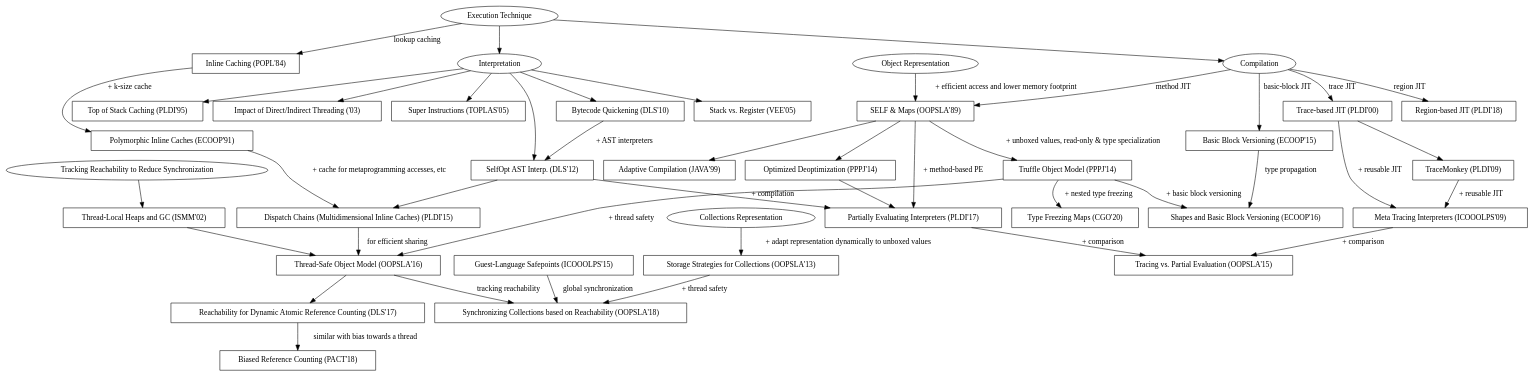
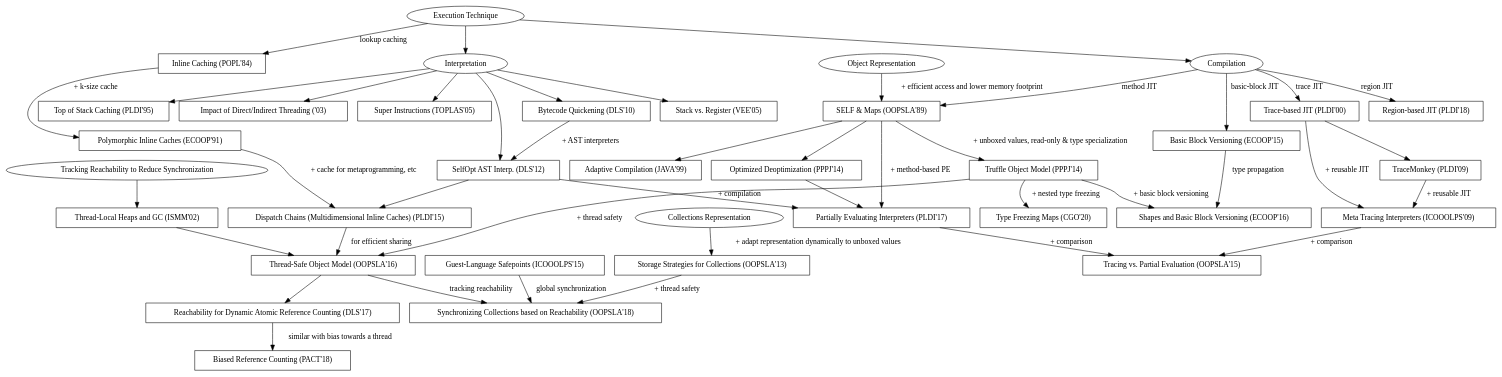
The diagram in graph.dot (eregon/virtual-machines-research-graph), drawn with Graphviz before and after one commit.

Commit message:
Shorten edge label

```diff
--- a/graph.dot
+++ b/graph.dot
@@ -1,168 +1,168 @@
 digraph G {
   node [shape = "box"]
 
   # Nodes
   pic [label = "Polymorphic Inline Caches (ECOOP'91)",
        tooltip = "Optimizing Dynamically-Typed Object-Oriented Languages With Polymorphic Inline Caches",
        URL = "http://bibliography.selflanguage.org/_static/pics.pdf"]
   mpic [label = "Dispatch Chains (Multidimensional Inline Caches) (PLDI'15)",
         tooltip = "Zero-Overhead Metaprogramming; Reflection and Metaobject Protocols Fast and without Compromises",
         URL = "https://stefan-marr.de/downloads/pldi15-marr-et-al-zero-overhead-metaprogramming.pdf"]
 
   om [label = "Object Representation", shape="oval"]
   maps [label = "SELF & Maps (OOPSLA'89)",
         tooltip = "An Efficient Implementation of SELF a Dynamically-Typed Object-Oriented Language Based on Prototypes",
         URL = "http://www.selflanguage.org/_static/published/implementation.pdf"]
   tosm [label = "Truffle Object Model (PPPJ'14)",
         tooltip = "An Object Storage Model for the Truffle Language Implementation Framework",
         URL = "https://chrisseaton.com/rubytruffle/pppj14-om/pppj14-om.pdf"]
   tso [label = "Thread-Safe Object Model (OOPSLA'16)",
        tooltip = "Efficient and Thread-Safe Objects for Dynamically-Typed Languages",
        URL = "https://eregon.me/blog/assets/research/thread-safe-objects.pdf"]
 
   glsp [label = "Guest-Language Safepoints (ICOOOLPS'15)",
         tooltip = "Techniques and Applications for Guest-Language Safepoints",
         URL = "https://eregon.me/blog/assets/research/guest-language-safepoints.pdf"]
 
   freezing [label = "Type Freezing Maps (CGO'20)",
             tooltip = "Type Freezing: Exploiting Attribute Type Monomorphism in Tracing JIT Compilers",
             URL = "https://doi.org/10.1145/3368826.3377907"]
   shapesAndBBV [label = "Shapes and Basic Block Versioning (ECOOP'16)",
                 tooltip = "Interprocedural Type Specialization of JavaScript Programs Without Type Analysis",
                 URL = "https://drops.dagstuhl.de/opus/volltexte/2016/6101/pdf/LIPIcs-ECOOP-2016-7.pdf"]
 
   collections [label = "Collections Representation", shape="oval"]
   ss [label = "Storage Strategies for Collections (OOPSLA'13)",
       tooltip = "Storage Strategies for Collections in Dynamically Typed Languages",
       URL = "https://tratt.net/laurie/research/pubs/html/bolz_diekmann_tratt__storage_strategies_for_collections_in_dynamically_typed_languages/"]
   tsc [label = "Synchronizing Collections based on Reachability (OOPSLA'18)",
        tooltip = "Parallelization of Dynamic Languages: Synchronizing Built-in Collections",
        URL = "https://eregon.me/blog/assets/research/thread-safe-collections.pdf"]
 
   reachability [label = "Tracking Reachability to Reduce Synchronization", shape="oval"]
   domani [label = "Thread-Local Heaps and GC (ISMM'02)",
           tooltip = "Thread-Local Heaps for Java",
           URL = "http://citeseerx.ist.psu.edu/viewdoc/download?doi=10.1.1.63.5846&amp;rep=rep1&amp;type=pdf"]
   rarc [label = "Reachability for Dynamic Atomic Reference Counting (DLS'17)",
         tooltip = "Dynamic Atomicity: Optimizing Swift Memory Management",
         URL = "https://dl.acm.org/doi/10.1145/3133841.3133843"]
   brc [label = "Biased Reference Counting (PACT'18)",
        tooltip = "Biased Reference Counting: Minimizing Atomic Operations in Garbage Collection",
        URL = "https://iacoma.cs.uiuc.edu/iacoma-papers/pact18.pdf"]
 
   exe [label = "Execution Technique", shape="oval"]
   interp [label = "Interpretation", shape="oval"]
   compilation [label = "Compilation", shape="oval"]
   stackVsReg [label = "Stack vs. Register (VEE'05)",
        tooltip = "Virtual Machine Showdown: Stack Versus Registers",
        URL = "https://www.usenix.org/legacy/events%2Fvee05%2Ffull_papers/p153-yunhe.pdf"]
   topOfStack [label = "Top of Stack Caching (PLDI'95)",
        tooltip = "Stack Caching for Interpreters",
        URL = "http://www2.cs.arizona.edu/~collberg/Teaching/553/2011/Resources/ertl94sc.pdf"]
   directIndirect [label = "Impact of Direct/Indirect Threading ('03)",
        tooltip = "The Structure and Performance of Efficient Interpreters",
        URL = "https://www.jilp.org/vol5/v5paper12.pdf"]
   selfOptAst [label = "SelfOpt AST Interp. (DLS'12)",
        tooltip = "Self-Optimizing AST Interpreters",
        URL = "http://lafo.ssw.uni-linz.ac.at/papers/2012_DLS_SelfOptimizingASTInterpreters.pdf"]
   superInstructions [label = "Super Instructions (TOPLAS'05)",
        tooltip = "Optimizing Indirect Branch Prediction Accuracy in Virtual Machine Interpreters",
        URL = "https://www.scss.tcd.ie/David.Gregg/papers/toplas05.pdf"]
   quickening [label = "Bytecode Quickening (DLS'10)",
        tooltip = "Efficient Interpretation Using Quickening",
        URL = "https://publications.sba-research.org/publications/dls10.pdf"]
 
   inlineCaching [label = "Inline Caching (POPL'84)",
        tooltip = "Efficient Implementation of the Smalltalk-80 System",
        URL = "http://web.cs.ucla.edu/~palsberg/course/cs232/papers/DeutschSchiffman-popl84.pdf"]
 
 
   adaptiveJit [label = "Adaptive Compilation (JAVA'99)",
        tooltip = "The Jalapeño Dynamic Optimizing Compiler for Java",
        URL = "https://pdfs.semanticscholar.org/8738/ba4b09cac68ad1ab7d036a6d5e40a17ee2c7.pdf"]
 
   regionBased [label = "Region-based JIT (PLDI'18)",
        tooltip = "HHVM JIT: A Profile-guided, Region-based Compiler for PHP and Hack",
        URL = "https://research.fb.com/wp-content/uploads/2018/04/hhvm-jit-a-profile-guided-region-based-compiler-for-php-and-hack.pdf"]
   traceBased [label = "Trace-based JIT (PLDI'00)",
        tooltip = "Dynamo: A Transparent Dynamic Optimization System",
        URL = "https://www.complang.tuwien.ac.at/andi/bala.pdf"]
   traceMonkey [label = "TraceMonkey (PLDI'09)",
        tooltip = "Trace-based Just-in-time Type Specialization for Dynamic Languages",
        URL = "http://dept.cs.williams.edu/~freund/cs434/gal-trace.pdf"]
 
 
   basicBlockVersioning [label = "Basic Block Versioning (ECOOP'15)",
        tooltip = "Simple and Effective Type Check Removal through Lazy Basic Block Versioning",
        URL = "https://drops.dagstuhl.de/opus/volltexte/2015/5219/pdf/9.pdf"]
 
 
 
 metaTracing [label = "Meta Tracing Interpreters (ICOOOLPS'09)",
        tooltip = "Tracing the Meta-level: PyPy's Tracing JIT Compiler",
        URL = "https://citeseerx.ist.psu.edu/viewdoc/download?doi=10.1.1.1023.9117&amp;rep=rep1&amp;type=pdf"]
 partialEvaluation [label = "Partially Evaluating Interpreters (PLDI'17)",
        tooltip = "Practical Partial Evaluation for High-performance Dynamic Language Runtimes",
        URL = "https://chrisseaton.com/rubytruffle/pldi17-truffle/pldi17-truffle.pdf"]
 MTvsPE [label = "Tracing vs. Partial Evaluation (OOPSLA'15)",
        tooltip = "Tracing vs. Partial Evaluation: Comparing Meta-Compilation Approaches for Self-Optimizing Interpreters",
        URL = "http://stefan-marr.de/downloads/oopsla15-marr-ducasse-meta-tracing-vs-partial-evaluation.pdf"]
 optDeopt [label = "Optimized Deoptimization (PPPJ'14)",
        tooltip = "Speculation Without Regret: Reducing Deoptimization Meta-data in the Graal Compiler",
        URL = "http://www.ssw.uni-linz.ac.at/General/Staff/GD/PPPJ-2014-duboscq-29.pdf"]
 
 
   # Edges
   inlineCaching -> pic [label = "+ k-size cache"]
-  pic -> mpic [label = "+ cache for metaprogramming accesses, etc"]
+  pic -> mpic [label = "+ cache for metaprogramming, etc"]
   mpic -> tso [label = "for efficient sharing"]
 
   om -> maps [label = "+ efficient access and lower memory footprint"]
   maps -> tosm [label = "+ unboxed values, read-only & type specialization"]
   tosm -> tso [label = "+ thread safety"]
   tosm -> shapesAndBBV [label = "+ basic block versioning"]
   tosm -> freezing [label = "+ nested type freezing"]
   tso -> rarc
   rarc -> brc [label = "similar with bias towards a thread"]
 
   reachability -> domani
   domani -> tso
 
   tso -> tsc [label = "tracking reachability"]
   glsp -> tsc [label = "global synchronization"]
   collections -> ss [label = "+ adapt representation dynamically to unboxed values"]
   ss -> tsc [label = "+ thread safety"]
 
   exe -> inlineCaching [label = "lookup caching"]
 
   exe -> interp
   interp -> directIndirect
   interp -> stackVsReg
   interp -> topOfStack
   interp -> superInstructions
   interp -> selfOptAst
   interp -> quickening
   quickening -> selfOptAst [label = "+ AST interpreters"]
   exe -> compilation
   compilation -> maps [label = "method JIT"]
   compilation -> regionBased [label = "region JIT"]
   compilation -> traceBased [label = "trace JIT"]
   compilation -> basicBlockVersioning [label = "basic-block JIT"]
   basicBlockVersioning -> shapesAndBBV [label = "type propagation"]
   traceBased -> traceMonkey
   maps -> adaptiveJit
 
   traceBased -> metaTracing [label = "+ reusable JIT"]
   traceMonkey -> metaTracing [label = "+ reusable JIT"]
 
   maps -> partialEvaluation [label = "+ method-based PE"]
   selfOptAst -> partialEvaluation [label = "+ compilation"]
 
   selfOptAst -> mpic
 
   metaTracing -> MTvsPE [label = "+ comparison"]
   partialEvaluation -> MTvsPE [label = "+ comparison"]
 
   maps -> optDeopt
   optDeopt -> partialEvaluation
 }
```
